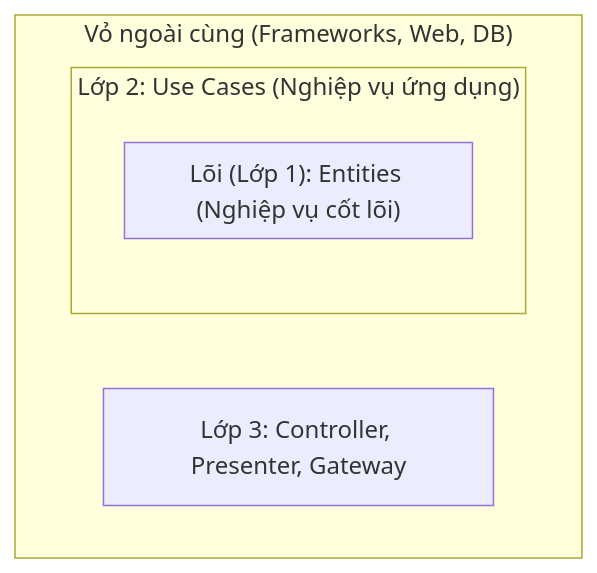
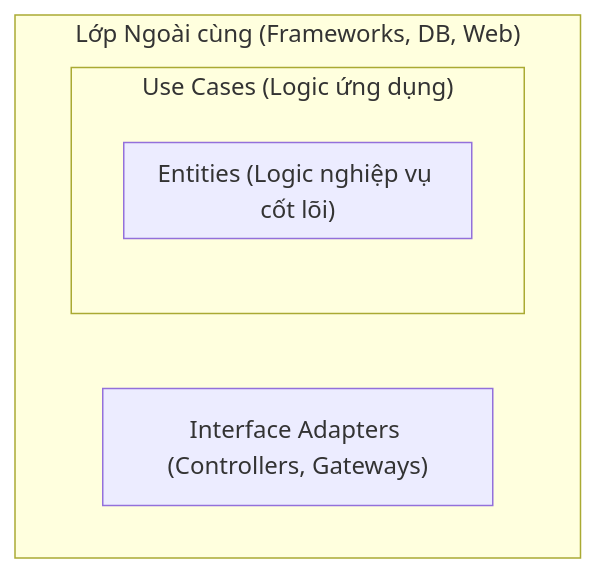
The diagram in src/content/vi/he-thong/clean-architecture.md (Mrnobody102/it-interview-prep), drawn with Mermaid before and after one commit. The commit also changed other lines of this file and 18 other files, not shown here.

Commit message:
docs: comprehensive rewrite of core architecture and database fundamentals (VI & EN)

````diff
--- a/src/content/vi/he-thong/clean-architecture.md
+++ b/src/content/vi/he-thong/clean-architecture.md
@@ -16,10 +19,10 @@
 ```mermaid
 flowchart TD
-    subgraph FR["Vỏ ngoài cùng (Frameworks, Web, DB)"]
-        IA["Lớp 3: Controller, Presenter, Gateway"]
-        subgraph AL["Lớp 2: Use Cases (Nghiệp vụ ứng dụng)"]
-            subgraph DL["Lõi (Lớp 1): Entities (Nghiệp vụ cốt lõi)"]
+    subgraph Outer["Lớp Ngoài cùng (Frameworks, DB, Web)"]
+        IA["Interface Adapters (Controllers, Gateways)"]
+        subgraph App["Use Cases (Logic ứng dụng)"]
+            subgraph Core["Entities (Logic nghiệp vụ cốt lõi)"]
             end
         end
     end
 ```
````
